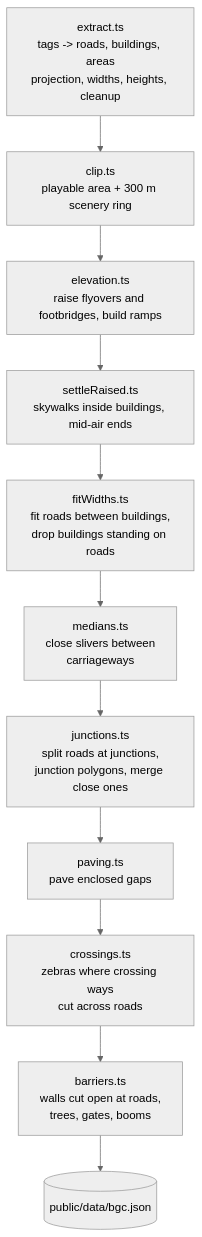
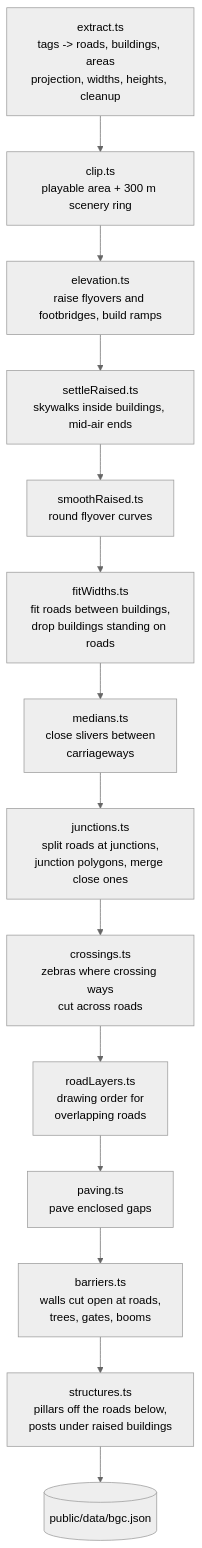
The second of 5 diagrams in docs/ARCHITECTURE.md (ajs0905/drive-thru-mnl), drawn with Mermaid (neutral theme) before and after one commit. The commit also changed other lines of this file and 36 other files, not shown here.

Commit message:
keep ramps out of other lanes, move pillars off the roads below and stop lane lines flickering

````diff
--- a/docs/ARCHITECTURE.md
+++ b/docs/ARCHITECTURE.md
@@ -103,13 +103,16 @@
 ```mermaid
 flowchart TD
   A[extract.ts<br/>tags -> roads, buildings, areas<br/>projection, widths, heights, cleanup] --> B[clip.ts<br/>playable area + 300 m scenery ring]
   B --> C[elevation.ts<br/>raise flyovers and footbridges, build ramps]
   C --> D[settleRaised.ts<br/>skywalks inside buildings, mid-air ends]
-  D --> E[fitWidths.ts<br/>fit roads between buildings,<br/>drop buildings standing on roads]
+  D --> R[smoothRaised.ts<br/>round flyover curves]
+  R --> E[fitWidths.ts<br/>fit roads between buildings,<br/>drop buildings standing on roads]
   E --> M[medians.ts<br/>close slivers between<br/>carriageways]
   M --> G[junctions.ts<br/>split roads at junctions,<br/>junction polygons, merge close ones]
-  G --> P[paving.ts<br/>pave enclosed gaps]
-  P --> H[crossings.ts<br/>zebras where crossing ways<br/>cut across roads]
-  H --> X[barriers.ts<br/>walls cut open at roads,<br/>trees, gates, booms]
-  X --> F[(public/data/bgc.json)]
+  G --> H[crossings.ts<br/>zebras where crossing ways<br/>cut across roads]
+  H --> L[roadLayers.ts<br/>drawing order for<br/>overlapping roads]
+  L --> P[paving.ts<br/>pave enclosed gaps]
+  P --> X[barriers.ts<br/>walls cut open at roads,<br/>trees, gates, booms]
+  X --> S[structures.ts<br/>pillars off the roads below,<br/>posts under raised buildings]
+  S --> F[(public/data/bgc.json)]
 ```
````
